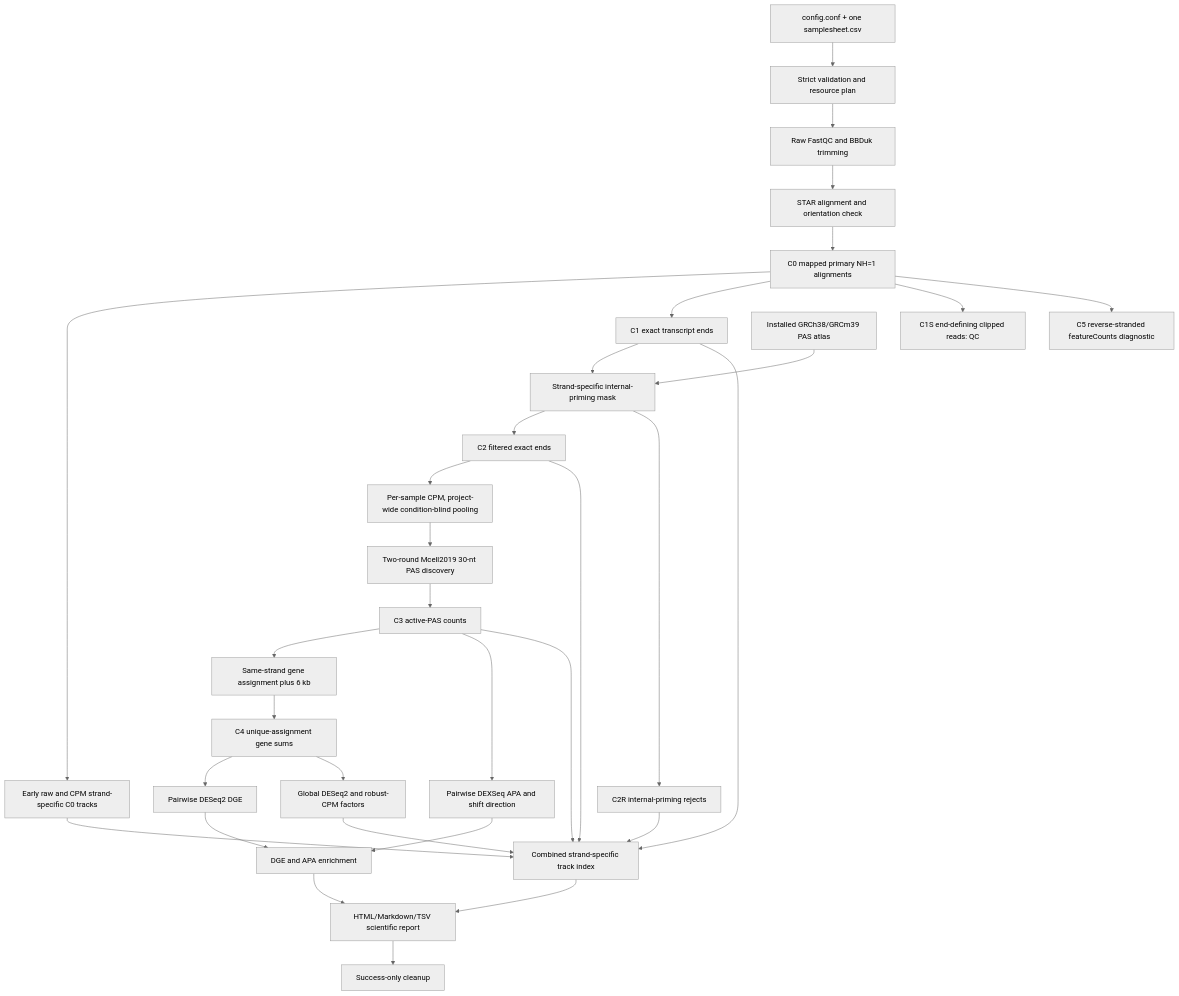
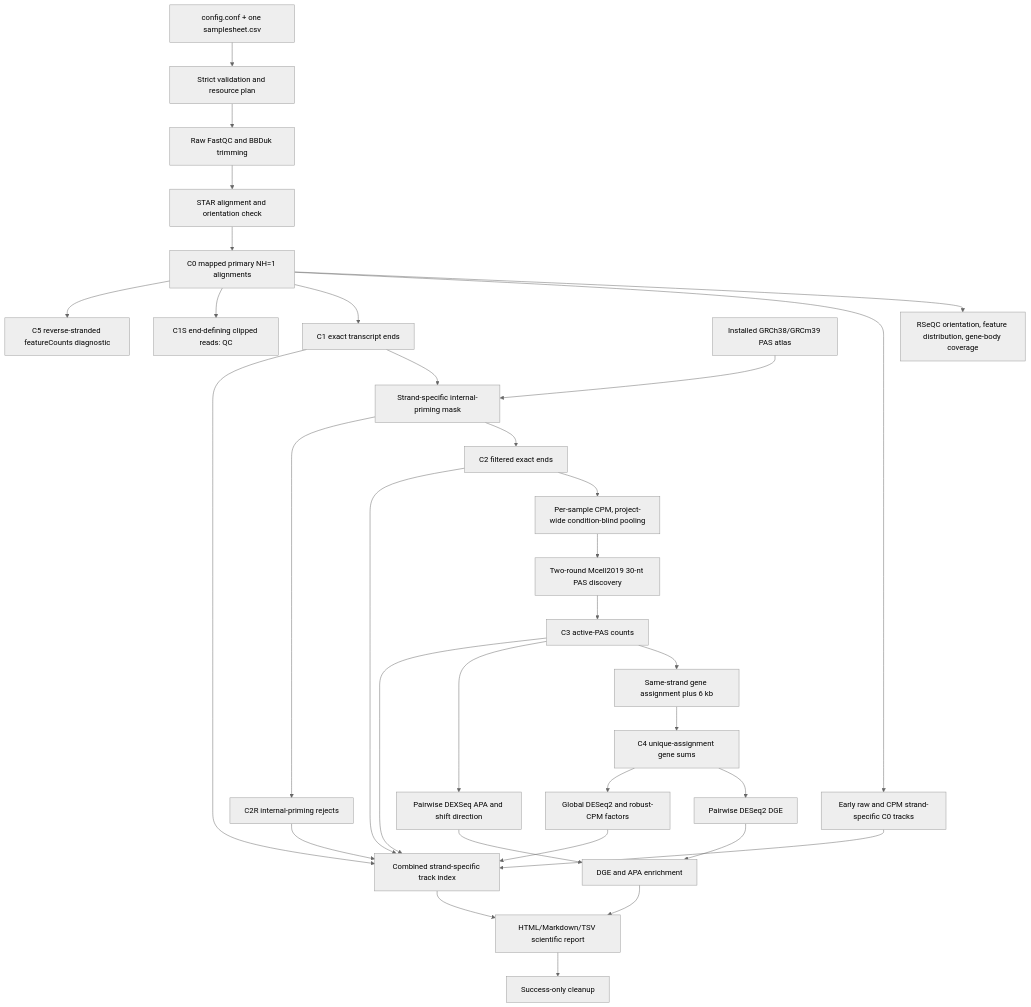
Before and after one commit to MichalGd/rna_ends2tracks: the diagram in README.md, drawn with Mermaid (neutral theme). The commit also changed other lines of this file and 18 other files, not shown here.

````diff
--- a/README.md
+++ b/README.md
@@ -23,34 +23,35 @@
 ```mermaid
 flowchart TD
     SS[config.conf + one samplesheet.csv] --> V[Strict validation and resource plan]
     V --> QT[Raw FastQC and BBDuk trimming]
     QT --> STAR[STAR alignment and orientation check]
     STAR --> C0[C0 mapped primary NH=1 alignments]
+    C0 --> RSEQC[RSeQC orientation, feature distribution, gene-body coverage]
     C0 --> C0TRACKS[Early raw and CPM strand-specific C0 tracks]
     C0 --> C1[C1 exact transcript ends]
     C0 --> C1S[C1S end-defining clipped reads: QC]
     C1 --> MASK[Strand-specific internal-priming mask]
     ATLAS[Installed GRCh38/GRCm39 PAS atlas] --> MASK
     MASK --> C2[C2 filtered exact ends]
     MASK --> C2R[C2R internal-priming rejects]
     C2 --> POOL[Per-sample CPM, project-wide condition-blind pooling]
     POOL --> PAS[Two-round Mcell2019 30-nt PAS discovery]
     PAS --> C3[C3 active-PAS counts]
     C3 --> ASSIGN[Same-strand gene assignment plus 6 kb]
     ASSIGN --> C4[C4 unique-assignment gene sums]
     C0 --> C5[C5 reverse-stranded featureCounts diagnostic]
     C4 --> DGE[Pairwise DESeq2 DGE]
     C3 --> APA[Pairwise DEXSeq APA and shift direction]
     C4 --> SF[Global DESeq2 and robust-CPM factors]
     C0TRACKS --> TRACKS[Combined strand-specific track index]
     C1 --> TRACKS
     C2 --> TRACKS
     C2R --> TRACKS
     C3 --> TRACKS
     SF --> TRACKS
     DGE --> ENRICH[DGE and APA enrichment]
     APA --> ENRICH
     ENRICH --> REPORT[HTML/Markdown/TSV scientific report]
     TRACKS --> REPORT
     REPORT --> CLEAN[Success-only cleanup]
 ```
````
